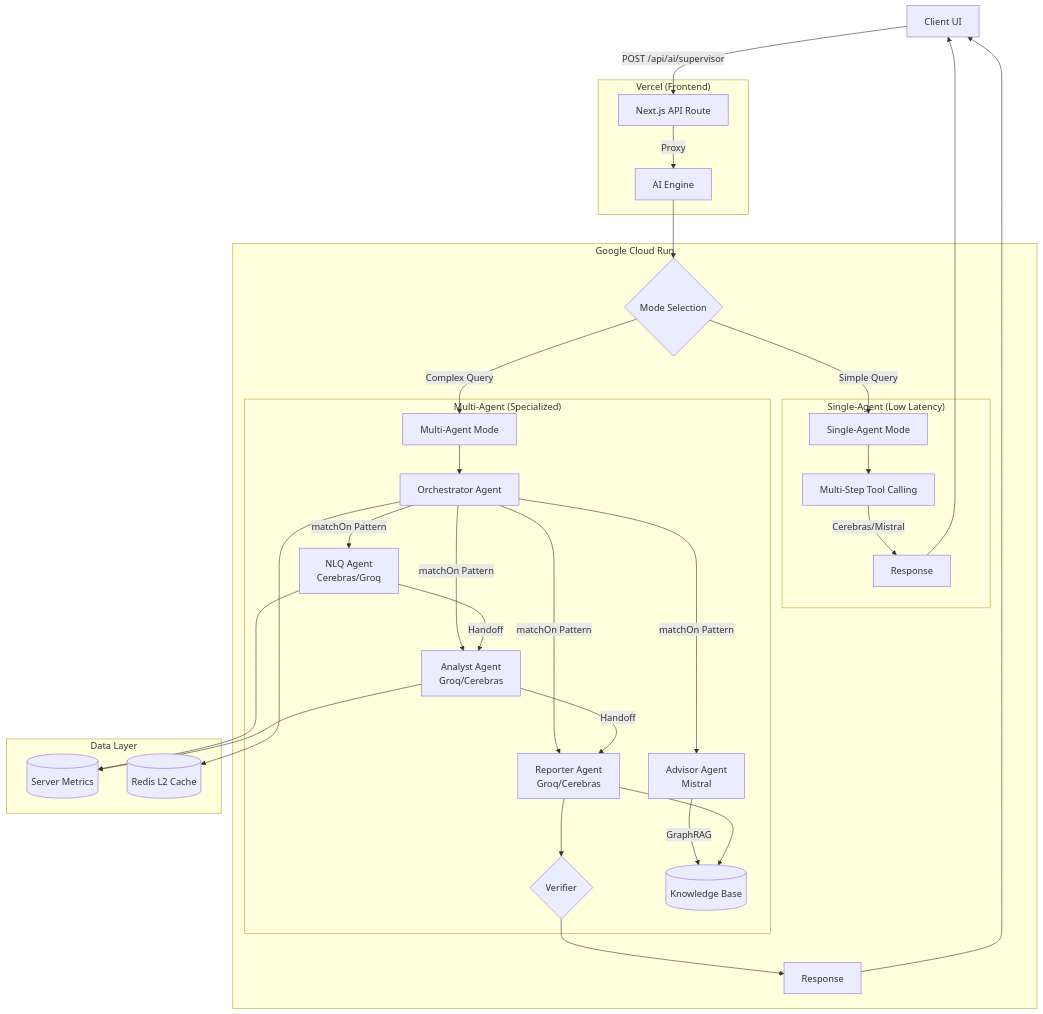
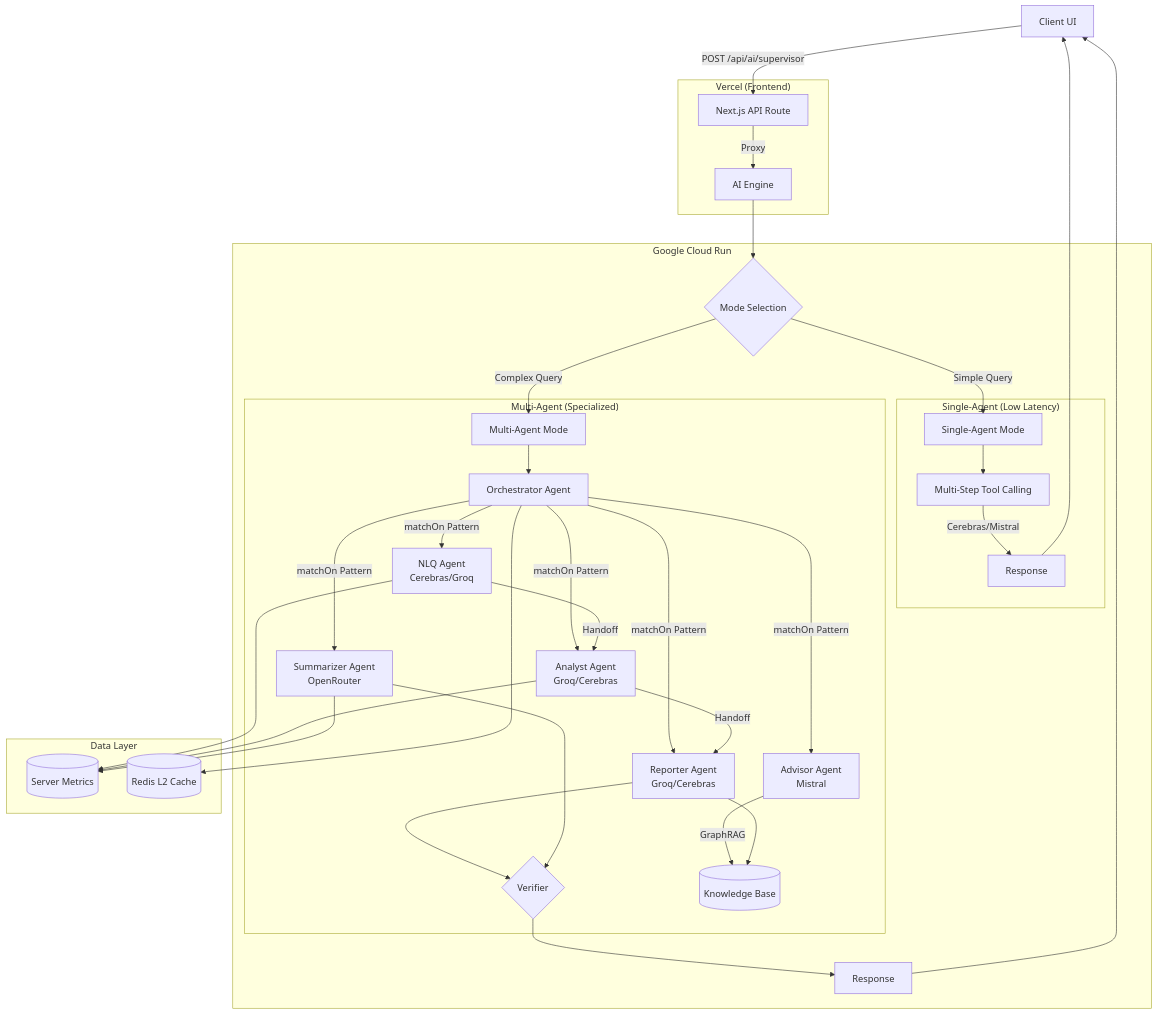
Before and after one commit to skyasu2/openmanager-vibe-v5: the first of 4 diagrams in docs/reference/architecture/ai/ai-engine-architecture.md, drawn with Mermaid. The commit also changed other lines of this file and 8 other files, not shown here.

````diff
--- a/docs/reference/architecture/ai/ai-engine-architecture.md
+++ b/docs/reference/architecture/ai/ai-engine-architecture.md
@@ -96,45 +118,48 @@
 ```mermaid
 graph TD
     Client[Client UI] -->|POST /api/ai/supervisor| API[Next.js API Route]
 
     subgraph "Vercel (Frontend)"
         API -->|Proxy| CloudRun
     end
 
     subgraph "Google Cloud Run"
         CloudRun[AI Engine] --> ModeSelect{Mode Selection}
 
         ModeSelect -->|Simple Query| SingleAgent[Single-Agent Mode]
         ModeSelect -->|Complex Query| MultiAgent[Multi-Agent Mode]
 
         subgraph "Single-Agent (Low Latency)"
             SingleAgent --> Tools[Multi-Step Tool Calling]
             Tools -->|Cerebras/Mistral| Response1[Response]
         end
 
         subgraph "Multi-Agent (Specialized)"
             MultiAgent --> Orchestrator[Orchestrator Agent]
             Orchestrator -->|matchOn Pattern| NLQ[NLQ Agent<br/>Cerebras/Groq]
             Orchestrator -->|matchOn Pattern| Analyst[Analyst Agent<br/>Groq/Cerebras]
             Orchestrator -->|matchOn Pattern| Reporter[Reporter Agent<br/>Groq/Cerebras]
             Orchestrator -->|matchOn Pattern| Advisor[Advisor Agent<br/>Mistral]
+            Orchestrator -->|matchOn Pattern| Summarizer[Summarizer Agent<br/>OpenRouter]
 
             NLQ -->|Handoff| Analyst
             Analyst -->|Handoff| Reporter
             Reporter --> Verifier{Verifier}
             Advisor -->|GraphRAG| RAG[(Knowledge Base)]
+            Summarizer --> Verifier
         end
 
         Verifier --> Response2[Response]
     end
 
     subgraph "Data Layer"
         NLQ --> Metrics[(Server Metrics)]
         Analyst --> Metrics
         Reporter --> RAG
+        Summarizer --> Metrics
         Orchestrator --> Cache[(Redis L2 Cache)]
     end
 
     Response1 --> Client
     Response2 --> Client
 ```
````
